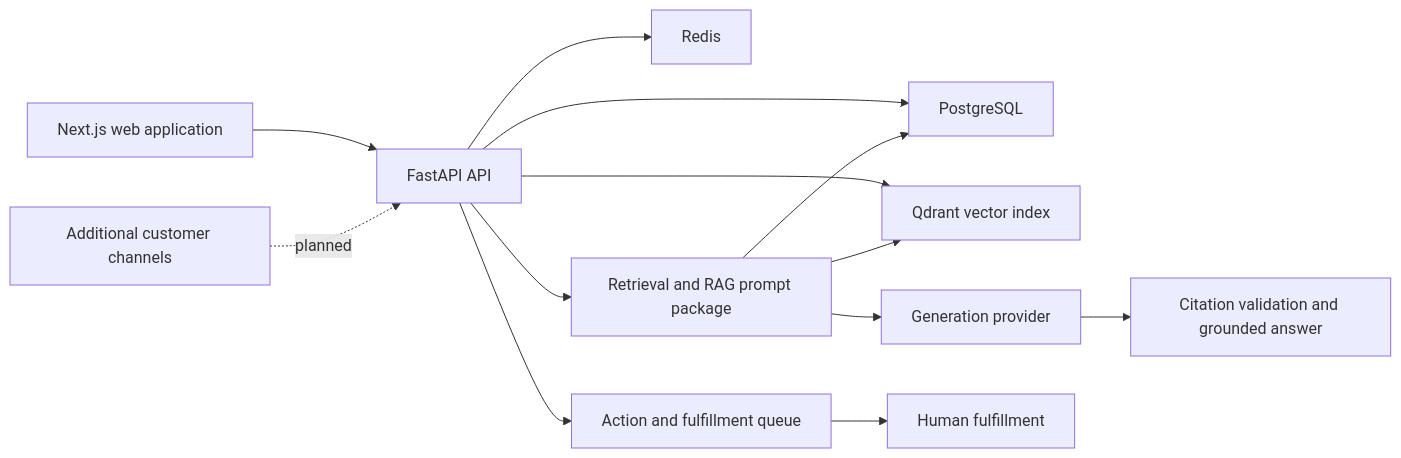
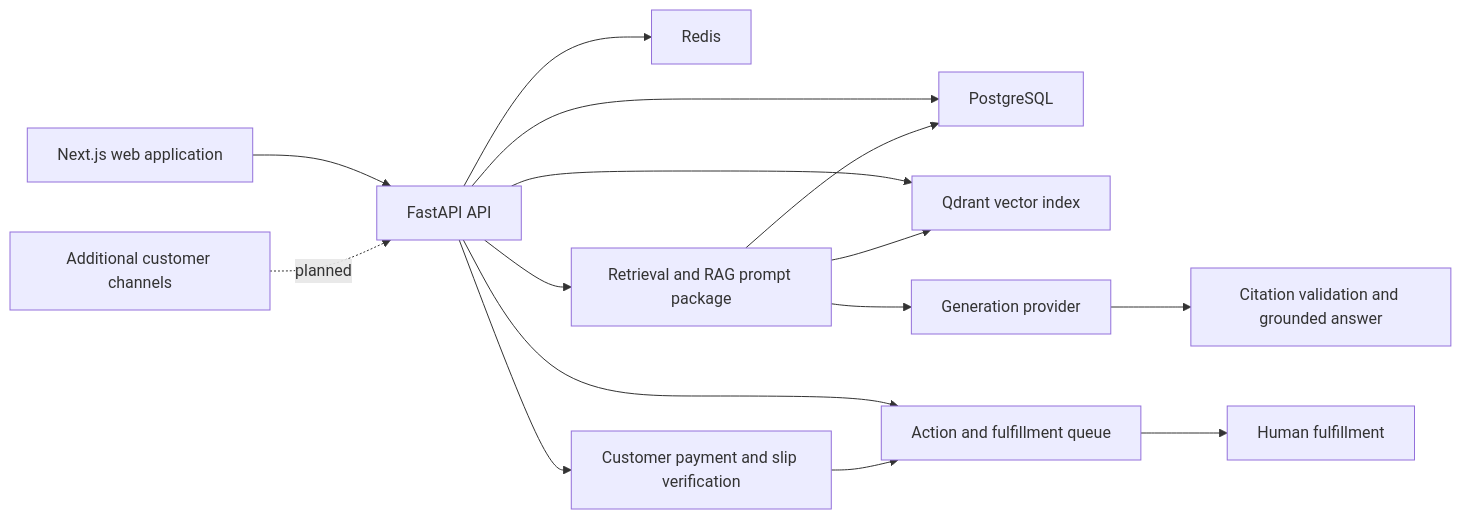
One commit to nontawatpoonkong/oneinflowai-platform changed the diagram in README.md. Above: the diagram before and after it, drawn with Mermaid. The commit also changed other lines of this file and 19 other files, not shown here.

Commit message:
feat(payments): add customer payment and slip verification

````diff
--- a/README.md
+++ b/README.md
@@ -11,15 +11,17 @@
 ```mermaid
 flowchart LR
     UI["Next.js web application"] --> API["FastAPI API"]
     API --> PG["PostgreSQL"]
     API --> Redis["Redis"]
     API --> Qdrant["Qdrant vector index"]
     API --> RAG["Retrieval and RAG prompt package"]
     RAG --> Qdrant
     RAG --> PG
     RAG --> LLM["Generation provider"]
     LLM --> Validation["Citation validation and grounded answer"]
     API --> Queue["Action and fulfillment queue"]
     Queue --> Staff["Human fulfillment"]
+    API --> Payment["Customer payment and slip verification"]
+    Payment --> Queue
     Channels["Additional customer channels"] -. "planned" .-> API
 ```
````
